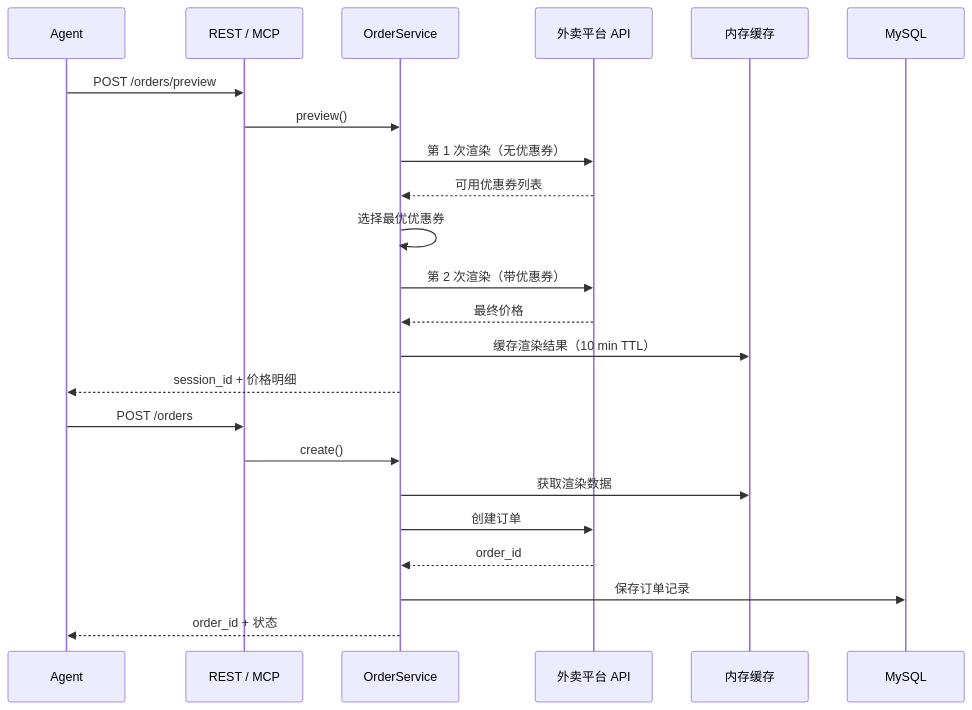
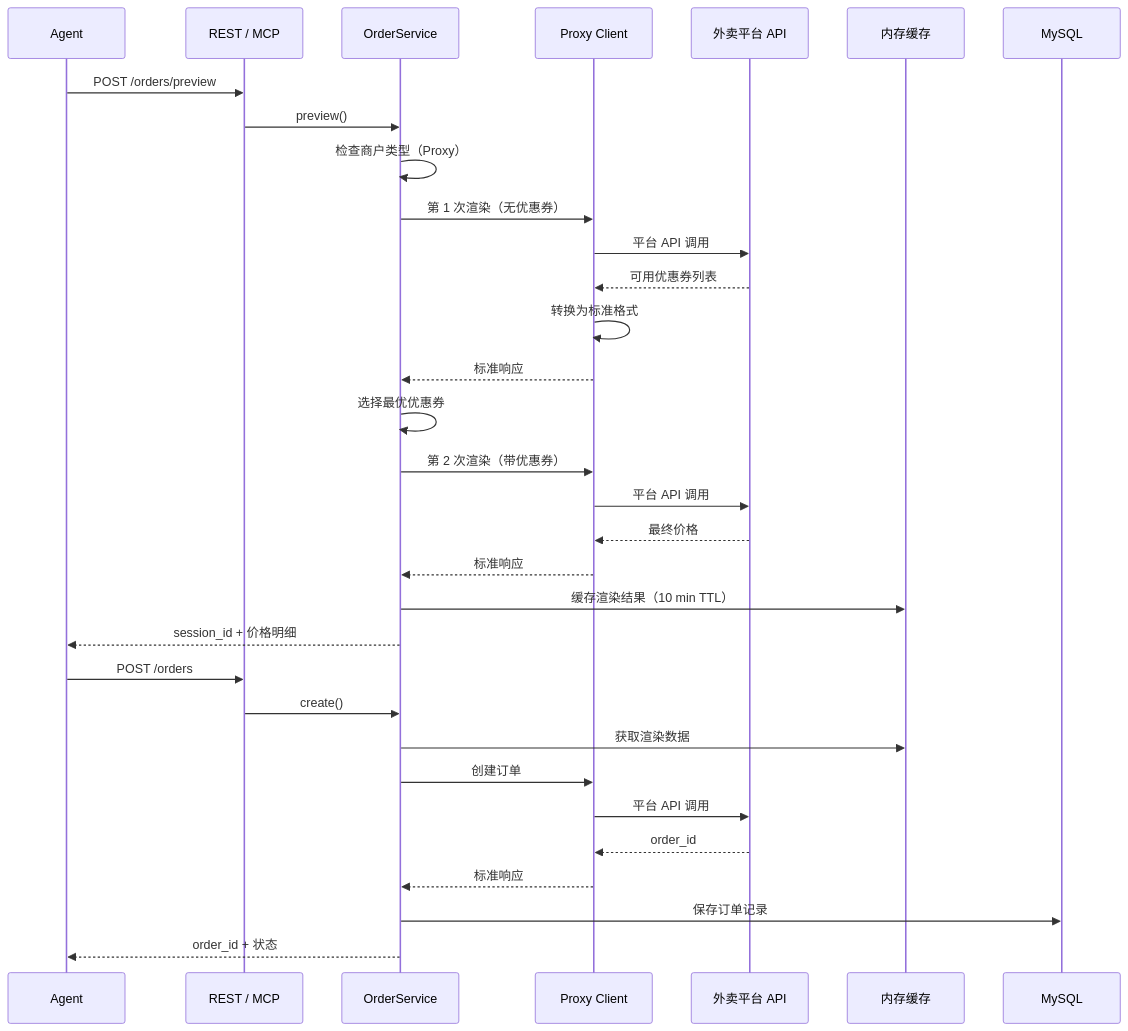
Before and after one commit to clawdot/docs: the sixth of 7 diagrams in gateway/architecture.mdx, drawn with Mermaid. The commit also changed other lines of this file and 85 other files, not shown here.

````diff
--- a/gateway/architecture.mdx
+++ b/gateway/architecture.mdx
@@ -84,27 +240,36 @@
 ```mermaid
 sequenceDiagram
   participant Agent
   participant Gateway as REST / MCP
   participant Order as OrderService
+  participant Proxy as Proxy Client
   participant Platform as 外卖平台 API
   participant Cache as 内存缓存
   participant DB as MySQL
 
   Agent->>Gateway: POST /orders/preview
   Gateway->>Order: preview()
-  Order->>Platform: 第 1 次渲染（无优惠券）
-  Platform-->>Order: 可用优惠券列表
+  Order->>Order: 检查商户类型（Proxy）
+  Order->>Proxy: 第 1 次渲染（无优惠券）
+  Proxy->>Platform: 平台 API 调用
+  Platform-->>Proxy: 可用优惠券列表
+  Proxy->>Proxy: 转换为标准格式
+  Proxy-->>Order: 标准响应
   Order->>Order: 选择最优优惠券
-  Order->>Platform: 第 2 次渲染（带优惠券）
-  Platform-->>Order: 最终价格
+  Order->>Proxy: 第 2 次渲染（带优惠券）
+  Proxy->>Platform: 平台 API 调用
+  Platform-->>Proxy: 最终价格
+  Proxy-->>Order: 标准响应
   Order->>Cache: 缓存渲染结果（10 min TTL）
   Order-->>Agent: session_id + 价格明细
 
   Agent->>Gateway: POST /orders
   Gateway->>Order: create()
   Order->>Cache: 获取渲染数据
-  Order->>Platform: 创建订单
-  Platform-->>Order: order_id
+  Order->>Proxy: 创建订单
+  Proxy->>Platform: 平台 API 调用
+  Platform-->>Proxy: order_id
+  Proxy-->>Order: 标准响应
   Order->>DB: 保存订单记录
   Order-->>Agent: order_id + 状态
 ```
````
